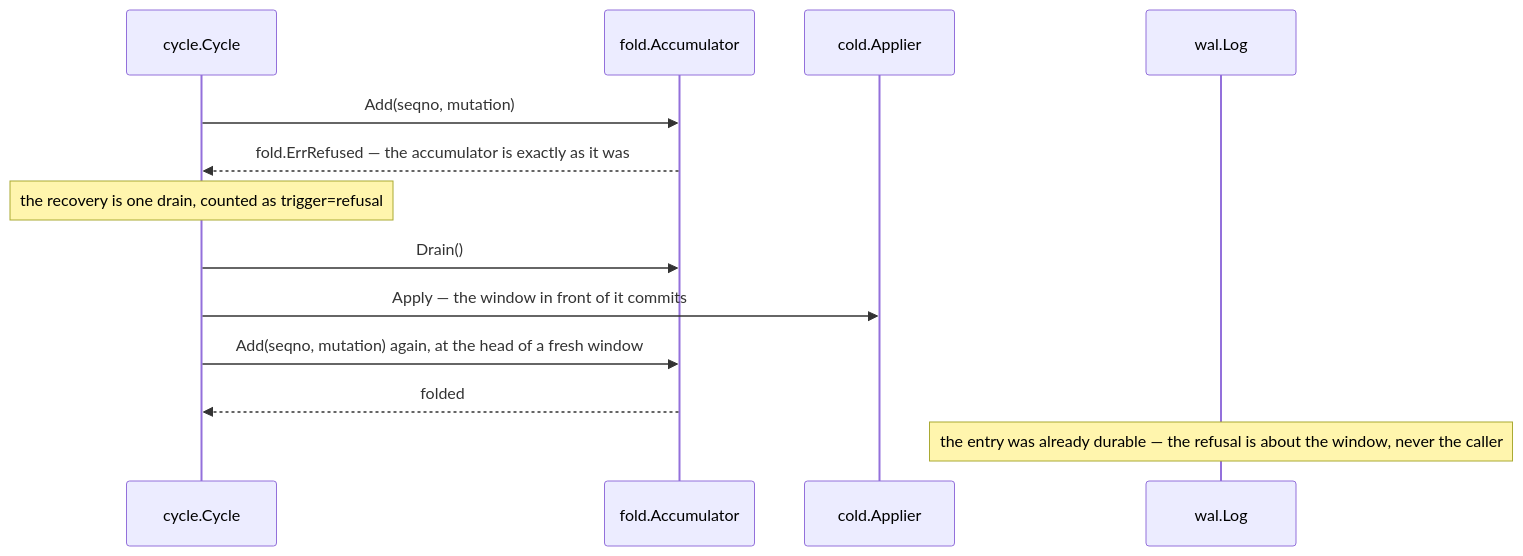
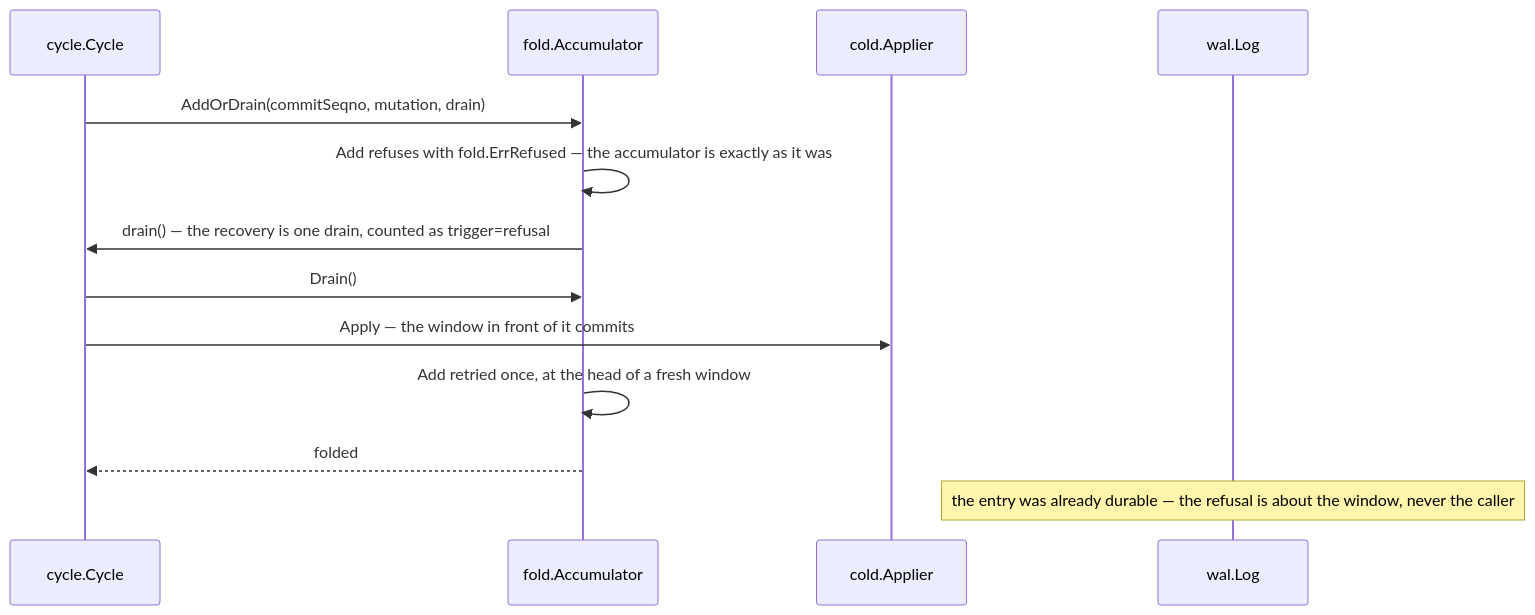
One commit to aromanovich/waltz changed the tenth of 10 diagrams in docs/handbook/05-write-path.md. Above: the diagram before and after it, drawn with Mermaid. The commit also changed other lines of this file and 42 other files, not shown here.

````diff
--- a/docs/handbook/05-write-path.md
+++ b/docs/handbook/05-write-path.md
@@ -609,16 +617,16 @@
 ```mermaid
 sequenceDiagram
   participant CY as cycle.Cycle
   participant ACC as fold.Accumulator
   participant AP as cold.Applier
   participant LOG as wal.Log
 
-  CY->>ACC: Add(seqno, mutation)
-  ACC-->>CY: fold.ErrRefused — the accumulator is exactly as it was
-  Note over CY: the recovery is one drain, counted as trigger=refusal
+  CY->>ACC: AddOrDrain(commitSeqno, mutation, drain)
+  ACC->>ACC: Add refuses with fold.ErrRefused — the accumulator is exactly as it was
+  ACC->>CY: drain() — the recovery is one drain, counted as trigger=refusal
   CY->>ACC: Drain()
   CY->>AP: Apply — the window in front of it commits
-  CY->>ACC: Add(seqno, mutation) again, at the head of a fresh window
+  ACC->>ACC: Add retried once, at the head of a fresh window
   ACC-->>CY: folded
   Note over LOG: the entry was already durable — the refusal is about the window, never the caller
 ```
````
